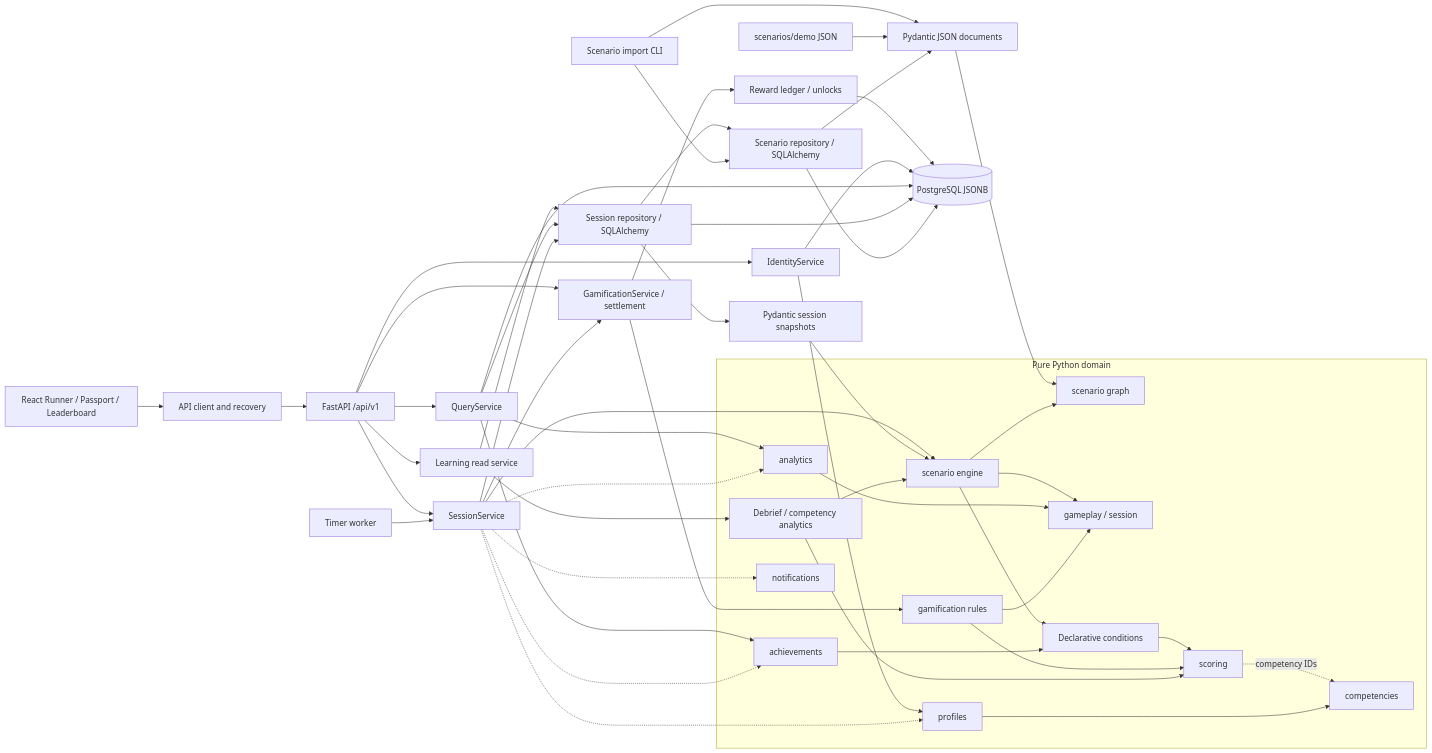
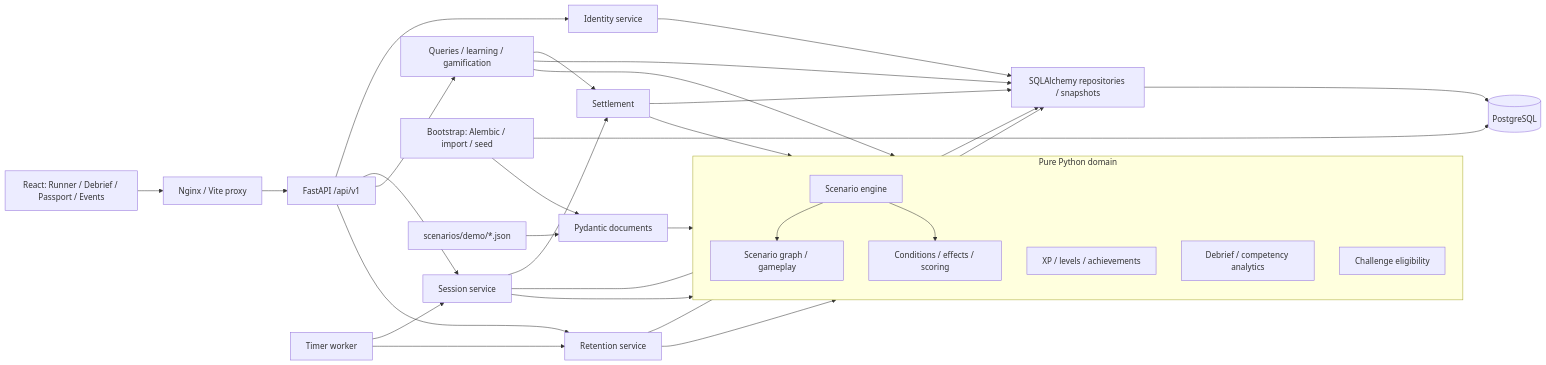
Before and after one commit to chidori31/vsm-training-platform: the diagram in docs/ARCHITECTURE.md, drawn with Mermaid. The commit also changed other lines of this file and 13 other files, not shown here.

Commit message:
docs: complete deployment and architecture package

````diff
--- a/docs/ARCHITECTURE.md
+++ b/docs/ARCHITECTURE.md
@@ -26,54 +16,34 @@
 ```mermaid
 flowchart LR
-    React[React Runner / Passport / Leaderboard] --> Client[API client and recovery]
-    Client --> API[FastAPI /api/v1]
-    API --> UseCases[SessionService]
-    API --> Identity[IdentityService]
-    API --> Queries[QueryService]
-    API --> Rewards[GamificationService / settlement]
-    API --> Learning[Learning read service]
-    Learning --> Sessions
-    Learning --> Debrief[Debrief / competency analytics]
-    UseCases --> Rewards
-    Rewards --> Facts[Reward ledger / unlocks]
-    Rewards --> Gamification[gamification rules]
-    Facts --> PG
-    Identity --> Profiles
-    Identity --> PG
-    Queries --> Sessions
-    Queries --> Analytics
-    Queries --> Achievements
-    Queries --> PG
-    Worker[Timer worker] --> UseCases
-    UseCases --> Engine[scenario engine]
-    UseCases --> Sessions[Session repository / SQLAlchemy]
-    Sessions --> Snapshots[Pydantic session snapshots]
-    Sessions --> SQL[Scenario repository / SQLAlchemy]
-    Sessions --> PG[(PostgreSQL JSONB)]
-    CLI[Scenario import CLI] --> Documents[Pydantic JSON documents]
-    Files[scenarios/demo JSON] --> Documents
-    CLI --> SQL
-    SQL --> Documents
-    SQL --> PG
-    Documents --> Graph[scenario graph]
-    Snapshots --> Engine
+    Browser[React: Runner / Debrief / Passport / Events] --> Proxy[Nginx / Vite proxy]
+    Proxy --> API[FastAPI /api/v1]
+    API --> Identity[Identity service]
+    API --> Sessions[Session service]
+    API --> Reads[Queries / learning / gamification]
+    API --> Retention[Retention service]
+    Worker[Timer worker] --> Sessions
+    Worker --> Retention
+    Sessions --> Rewards[Settlement]
+    Reads --> Rewards
+    Bootstrap[Bootstrap: Alembic / import / seed] --> PG
+    Files[scenarios/demo/*.json] --> Schema[Pydantic documents]
+    Bootstrap --> Schema
+    Schema --> Domain
+    Sessions --> Domain
+    Rewards --> Domain
+    Reads --> Domain
+    Retention --> Domain
+    Sessions --> Persistence[SQLAlchemy repositories / snapshots]
+    Rewards --> Persistence
+    Reads --> Persistence
+    Retention --> Persistence
+    Identity --> Persistence
+    Persistence --> PG[(PostgreSQL)]
     subgraph Domain[Pure Python domain]
-        Engine --> Gameplay[gameplay / session]
-        Engine --> Graph
-        Engine --> Rules[Declarative conditions]
-        Rules --> Scoring[scoring]
-        Scoring -. competency IDs .-> Competencies[competencies]
-        Profiles[profiles] --> Competencies
-        Achievements[achievements] --> Rules
-        Notifications[notifications]
-        Analytics[analytics] --> Gameplay
-        Gamification --> Gameplay
-        Gamification --> Scoring
-        Debrief --> Engine
-        Debrief --> Scoring
+        Engine[Scenario engine] --> Graph[Scenario graph / gameplay]
+        Engine --> Rules[Conditions / effects / scoring]
+        Gamification[XP / levels / achievements]
+        Learning[Debrief / competency analytics]
+        Challenges[Challenge eligibility]
     end
-    UseCases -.-> Profiles
-    UseCases -.-> Achievements
-    UseCases -.-> Notifications
-    UseCases -.-> Analytics
 ```
````
